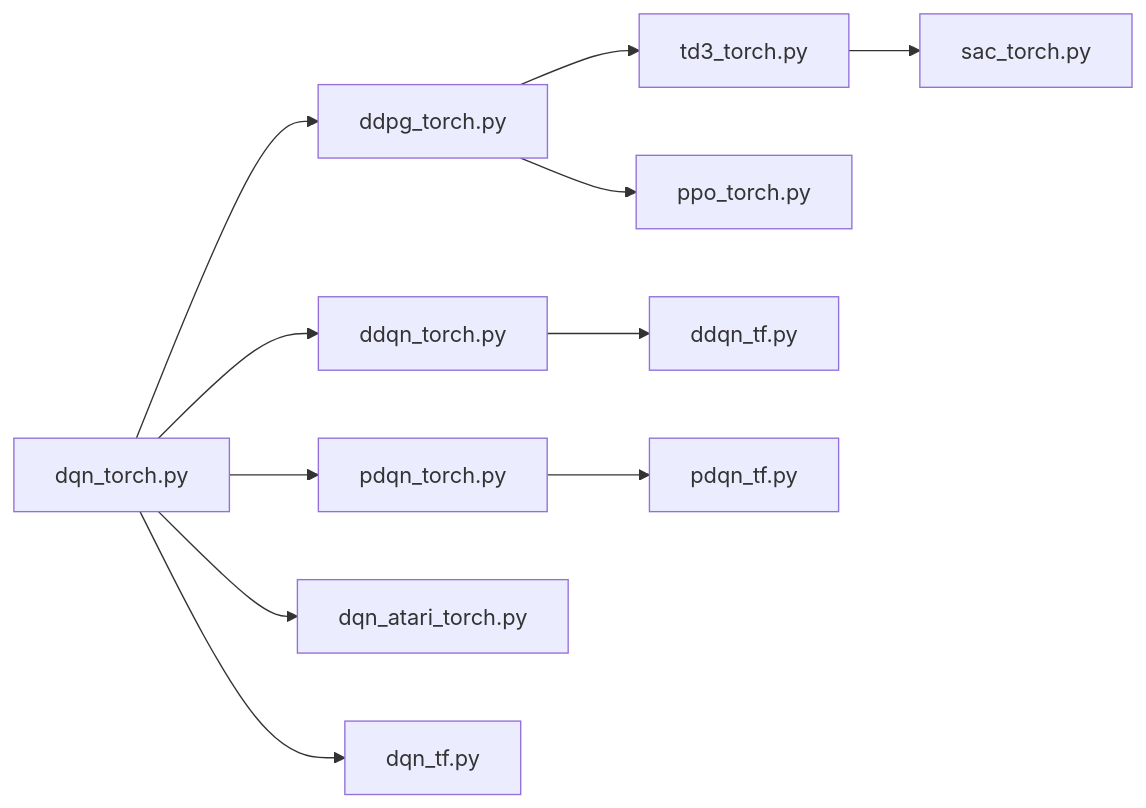
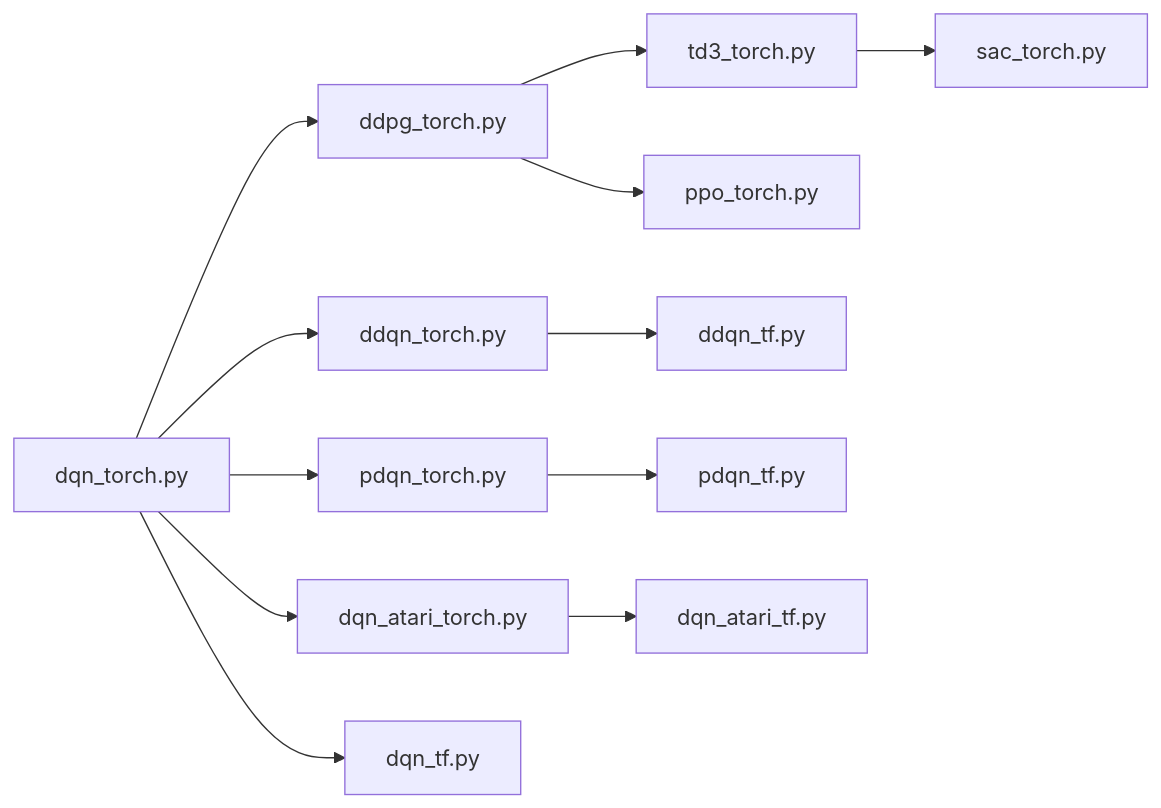
One commit to sdpkjc/abcdrl changed the diagram in docs/features.en.md. Above: the diagram before and after it, drawn with Mermaid. The commit also changed 8 other files, not shown here.

````diff
--- a/docs/features.en.md
+++ b/docs/features.en.md
@@ -12,13 +12,14 @@
     ``` mermaid
     graph LR
     A[dqn_torch.py] -->B[ddpg_torch.py];
     B -->C[td3_torch.py];
     C -->D[sac_torch.py];
     B -->E[ppo_torch.py];
     A -->F[ddqn_torch.py];
     A -->G[pdqn_torch.py];
     A -->H[dqn_atari_torch.py];
     A -->I[dqn_tf.py];
     F -->J[ddqn_tf.py];
     G -->K[pdqn_tf.py];
+    H -->L[dqn_atari_tf.py];
     ```
````
